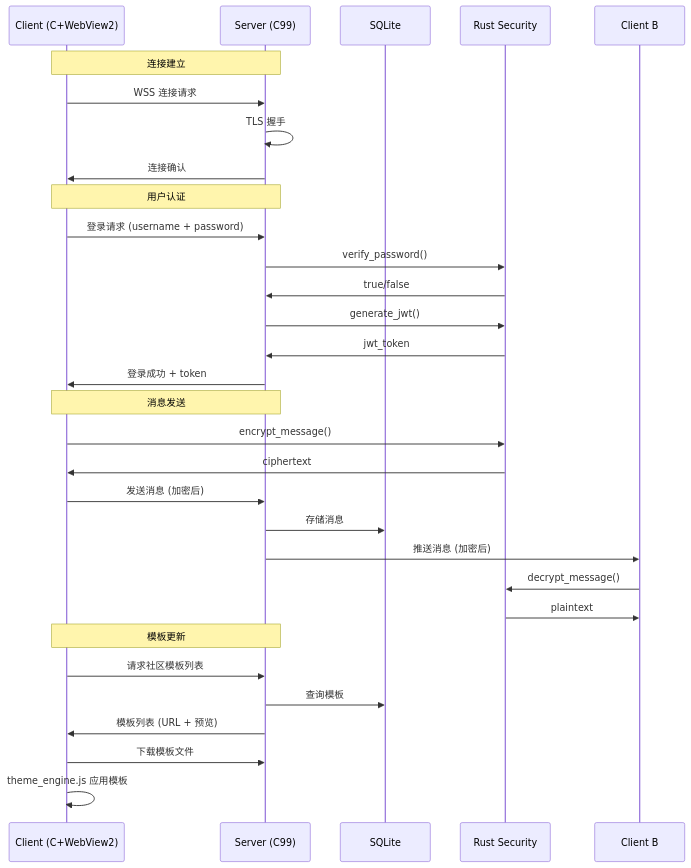
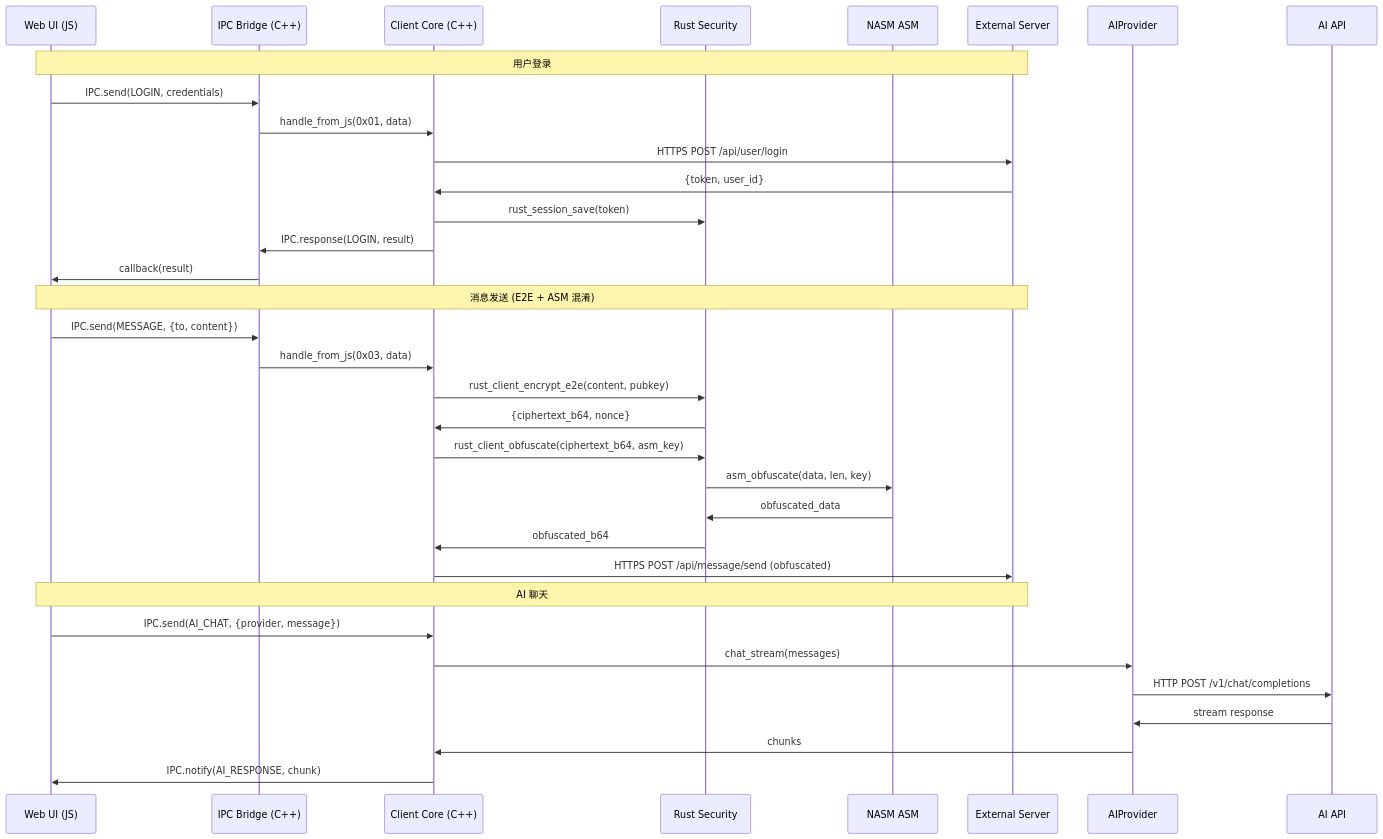
One commit to haiyanfurry/Chrono-shift changed the fourth of 4 diagrams in plans/ARCHITECTURE.md. Above: the diagram before and after it, drawn with Mermaid. The commit also changed other lines of this file and 1 other file, not shown here.

````diff
--- a/plans/ARCHITECTURE.md
+++ b/plans/ARCHITECTURE.md
@@ -200,36 +438,37 @@
 ```mermaid
 sequenceDiagram
-    participant Client as Client (C+WebView2)
-    participant Server as Server (C99)
-    participant DB as SQLite
+    participant UI as Web UI (JS)
+    participant IPC as IPC Bridge (C++)
+    participant Client as Client Core (C++)
     participant Rust as Rust Security
+    participant ASM as NASM ASM
+    participant Server as External Server
     
-    Note over Client,Server: 连接建立
-    Client->>Server: WSS 连接请求
-    Server->>Server: TLS 握手
-    Server->>Client: 连接确认
+    Note over UI,Server: 用户登录
+    UI->>IPC: IPC.send(LOGIN, credentials)
+    IPC->>Client: handle_from_js(0x01, data)
+    Client->>Server: HTTPS POST /api/user/login
+    Server->>Client: {token, user_id}
+    Client->>Rust: rust_session_save(token)
+    Client->>IPC: IPC.response(LOGIN, result)
+    IPC->>UI: callback(result)
     
-    Note over Client,Server: 用户认证
-    Client->>Server: 登录请求 (username + password)
-    Server->>Rust: verify_password()
-    Rust->>Server: true/false
-    Server->>Rust: generate_jwt()
-    Rust->>Server: jwt_token
-    Server->>Client: 登录成功 + token
+    Note over UI,Server: 消息发送 (E2E + ASM 混淆)
+    UI->>IPC: IPC.send(MESSAGE, {to, content})
+    IPC->>Client: handle_from_js(0x03, data)
+    Client->>Rust: rust_client_encrypt_e2e(content, pubkey)
+    Rust->>Client: {ciphertext_b64, nonce}
+    Client->>Rust: rust_client_obfuscate(ciphertext_b64, asm_key)
+    Rust->>ASM: asm_obfuscate(data, len, key)
+    ASM->>Rust: obfuscated_data
+    Rust->>Client: obfuscated_b64
+    Client->>Server: HTTPS POST /api/message/send (obfuscated)
     
-    Note over Client,Server: 消息发送
-    Client->>Rust: encrypt_message()
-    Rust->>Client: ciphertext
-    Client->>Server: 发送消息 (加密后)
-    Server->>DB: 存储消息
-    Server->>Client B: 推送消息 (加密后)
-    Client B->>Rust: decrypt_message()
-    Rust->>Client B: plaintext
-    
-    Note over Client,Server: 模板更新
-    Client->>Server: 请求社区模板列表
-    Server->>DB: 查询模板
-    Server->>Client: 模板列表 (URL + 预览)
-    Client->>Server: 下载模板文件
-    Client->>Client: theme_engine.js 应用模板
+    Note over UI,Server: AI 聊天
+    UI->>Client: IPC.send(AI_CHAT, {provider, message})
+    Client->>AIProvider: chat_stream(messages)
+    AIProvider->>AI API: HTTP POST /v1/chat/completions
+    AI API->>AIProvider: stream response
+    AIProvider->>Client: chunks
+    Client->>UI: IPC.notify(AI_RESPONSE, chunk)
 ```
````
